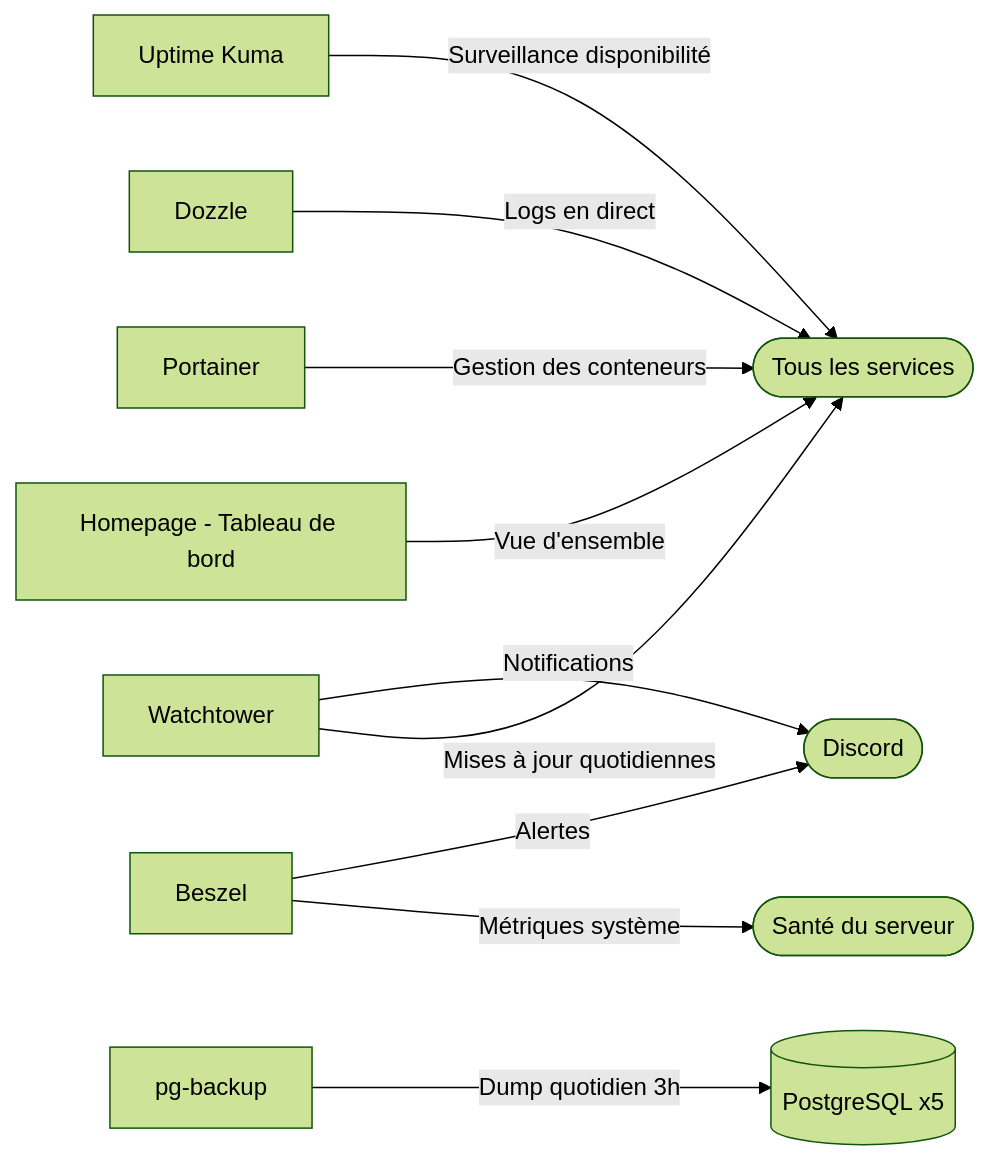
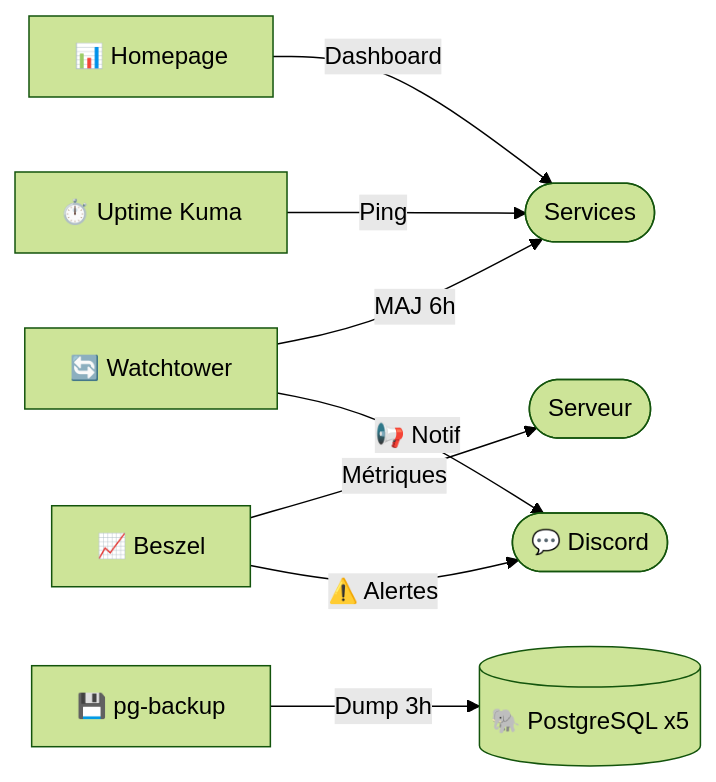
The fifth of 6 diagrams in README.md (Wifsimster/docker-setup), drawn with Mermaid (forest theme) before and after one commit. The commit also changed other lines of this file, not shown here.

````diff
--- a/README.md
+++ b/README.md
@@ -184,12 +143,10 @@
 ```mermaid
 graph LR
-    Homepage[Homepage - Tableau de bord] -->|Vue d'ensemble| Services([Tous les services])
-    Watchtower -->|Mises à jour quotidiennes| Services
-    Watchtower -->|Notifications| Discord([Discord])
-    Portainer -->|Gestion des conteneurs| Services
-    Dozzle -->|Logs en direct| Services
-    Beszel -->|Métriques système| Serveur([Santé du serveur])
-    Beszel -->|Alertes| Discord
-    UptimeKuma[Uptime Kuma] -->|Surveillance disponibilité| Services
-    PgBackup[pg-backup] -->|Dump quotidien 3h| DB[(PostgreSQL x5)]
+    Homepage[📊 Homepage] -->|Dashboard| S([Services])
+    Beszel[📈 Beszel] -->|Métriques| Srv([Serveur])
+    Beszel -->|⚠️ Alertes| Discord([💬 Discord])
+    Watchtower[🔄 Watchtower] -->|MAJ 6h| S
+    Watchtower -->|📢 Notif| Discord
+    UptimeKuma[⏱️ Uptime Kuma] -->|Ping| S
+    PgBackup[💾 pg-backup] -->|Dump 3h| DB[(🐘 PostgreSQL x5)]
 ```
````
